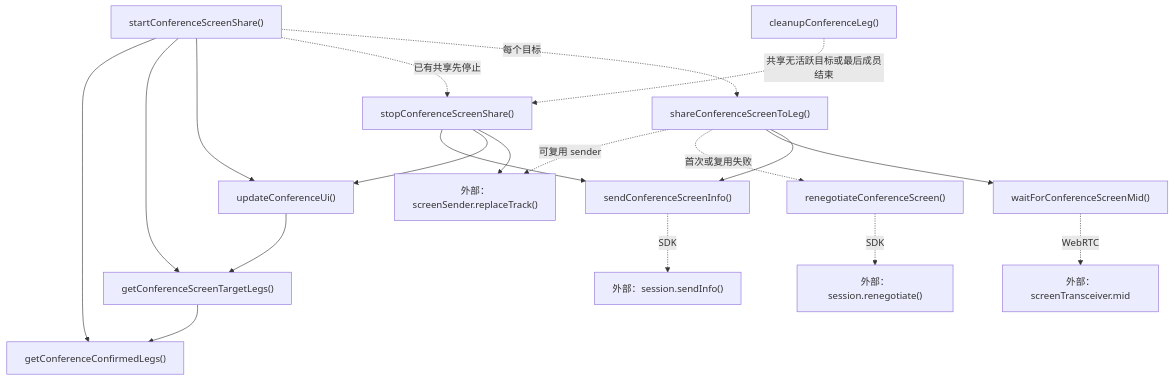
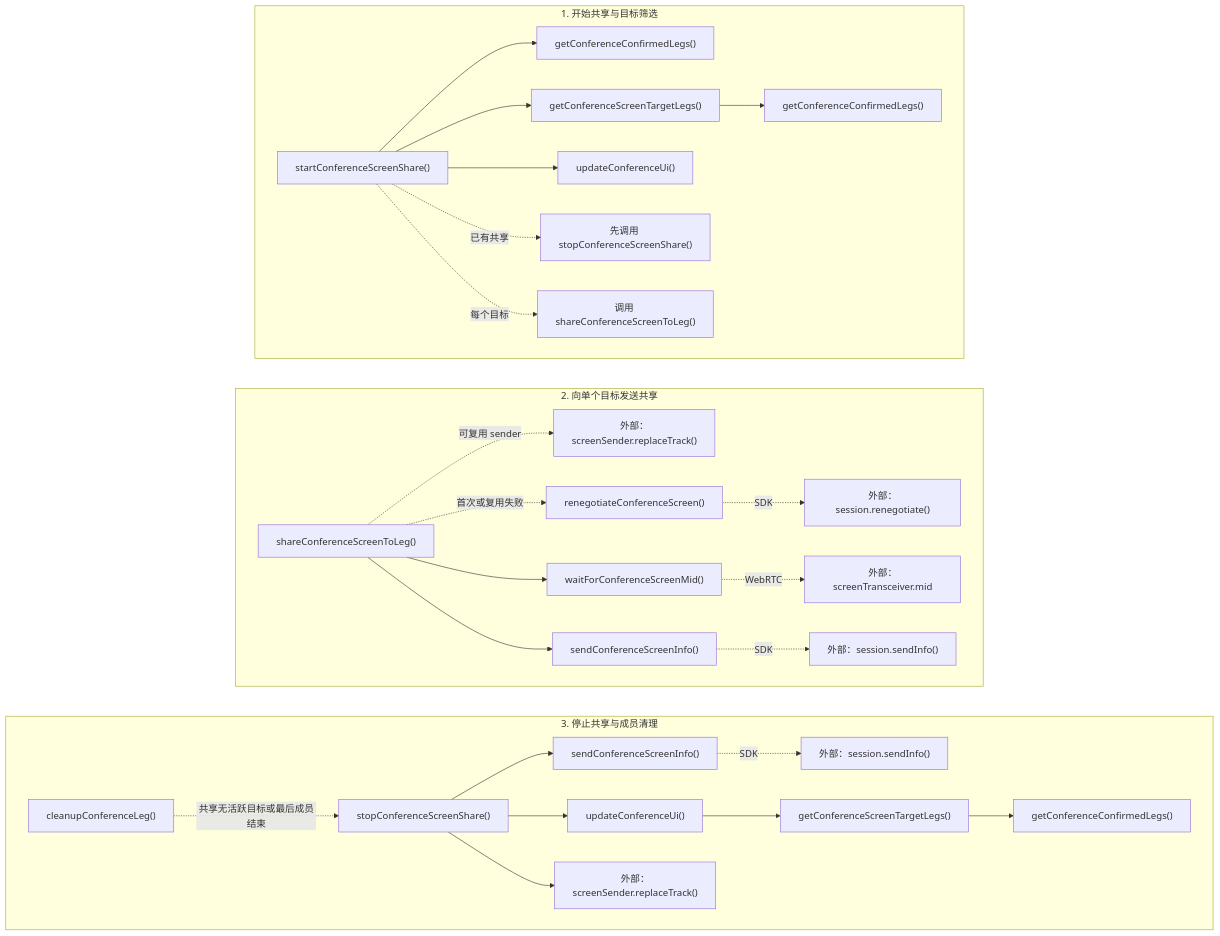
Diagram 16 of 17 in docs/app-conference-guide.md (lei40251/JsSIP), drawn with Mermaid before and after one commit. The commit also changed other lines of this file and 1 other file, not shown here.

````diff
--- a/docs/app-conference-guide.md
+++ b/docs/app-conference-guide.md
@@ -1151,23 +1185,37 @@
 ```mermaid
-flowchart TD
-  START["startConferenceScreenShare()"] --> CONFIRMED["getConferenceConfirmedLegs()"]
-  START --> TARGETS["getConferenceScreenTargetLegs()"]
-  START --> UI["updateConferenceUi()"]
-  START -.->|"已有共享先停止"| STOP["stopConferenceScreenShare()"]
-  START -.->|"每个目标"| SHARE["shareConferenceScreenToLeg()"]
+flowchart TB
+  subgraph START_FLOW["1. 开始共享与目标筛选"]
+    direction LR
+    START["startConferenceScreenShare()"] --> CONFIRMED_DIRECT["getConferenceConfirmedLegs()"]
+    START --> TARGETS["getConferenceScreenTargetLegs()"]
+    TARGETS --> CONFIRMED_TARGETS["getConferenceConfirmedLegs()"]
+    START --> UI_START["updateConferenceUi()"]
+    START -.->|"已有共享"| STOP_ENTRY["先调用 stopConferenceScreenShare()"]
+    START -.->|"每个目标"| SHARE_ENTRY["调用 shareConferenceScreenToLeg()"]
+  end
 
-  TARGETS --> CONFIRMED
-  SHARE -.->|"可复用 sender"| REPLACE["外部：screenSender.replaceTrack()"]
-  SHARE -.->|"首次或复用失败"| RENEGO["renegotiateConferenceScreen()"]
-  SHARE --> WAITMID["waitForConferenceScreenMid()"]
-  SHARE --> INFO["sendConferenceScreenInfo()"]
-  RENEGO -.->|"SDK"| SESSIONRE["外部：session.renegotiate()"]
-  WAITMID -.->|"WebRTC"| MID["外部：screenTransceiver.mid"]
-  INFO -.->|"SDK"| SIPINFO["外部：session.sendInfo()"]
+  subgraph SHARE_FLOW["2. 向单个目标发送共享"]
+    direction LR
+    SHARE["shareConferenceScreenToLeg()"] -.->|"可复用 sender"| REPLACE["外部：screenSender.replaceTrack()"]
+    SHARE -.->|"首次或复用失败"| RENEGO["renegotiateConferenceScreen()"]
+    SHARE --> WAITMID["waitForConferenceScreenMid()"]
+    SHARE --> INFO["sendConferenceScreenInfo()"]
+    RENEGO -.->|"SDK"| SESSIONRE["外部：session.renegotiate()"]
+    WAITMID -.->|"WebRTC"| MID["外部：screenTransceiver.mid"]
+    INFO -.->|"SDK"| SIPINFO["外部：session.sendInfo()"]
+  end
 
-  STOP --> INFO
-  STOP --> UI
-  STOP --> REPLACE
-  CLEAN["cleanupConferenceLeg()"] -.->|"共享无活跃目标或最后成员结束"| STOP
-  UI --> TARGETS
+  subgraph STOP_FLOW["3. 停止共享与成员清理"]
+    direction LR
+    CLEAN["cleanupConferenceLeg()"] -.->|"共享无活跃目标或最后成员结束"| STOP["stopConferenceScreenShare()"]
+    STOP --> INFO_STOP["sendConferenceScreenInfo()"]
+    STOP --> UI_STOP["updateConferenceUi()"]
+    STOP --> REPLACE_STOP["外部：screenSender.replaceTrack()"]
+    INFO_STOP -.->|"SDK"| SIPINFO_STOP["外部：session.sendInfo()"]
+    UI_STOP --> TARGETS_STOP["getConferenceScreenTargetLegs()"]
+    TARGETS_STOP --> CONFIRMED_STOP["getConferenceConfirmedLegs()"]
+  end
+
+  START_FLOW ~~~ SHARE_FLOW
+  SHARE_FLOW ~~~ STOP_FLOW
 ```
````
